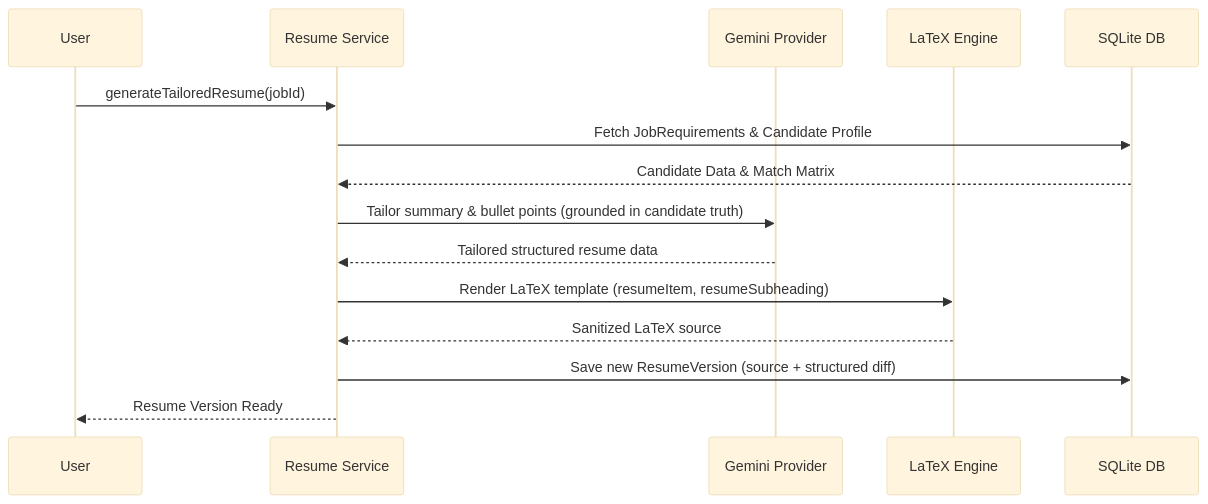
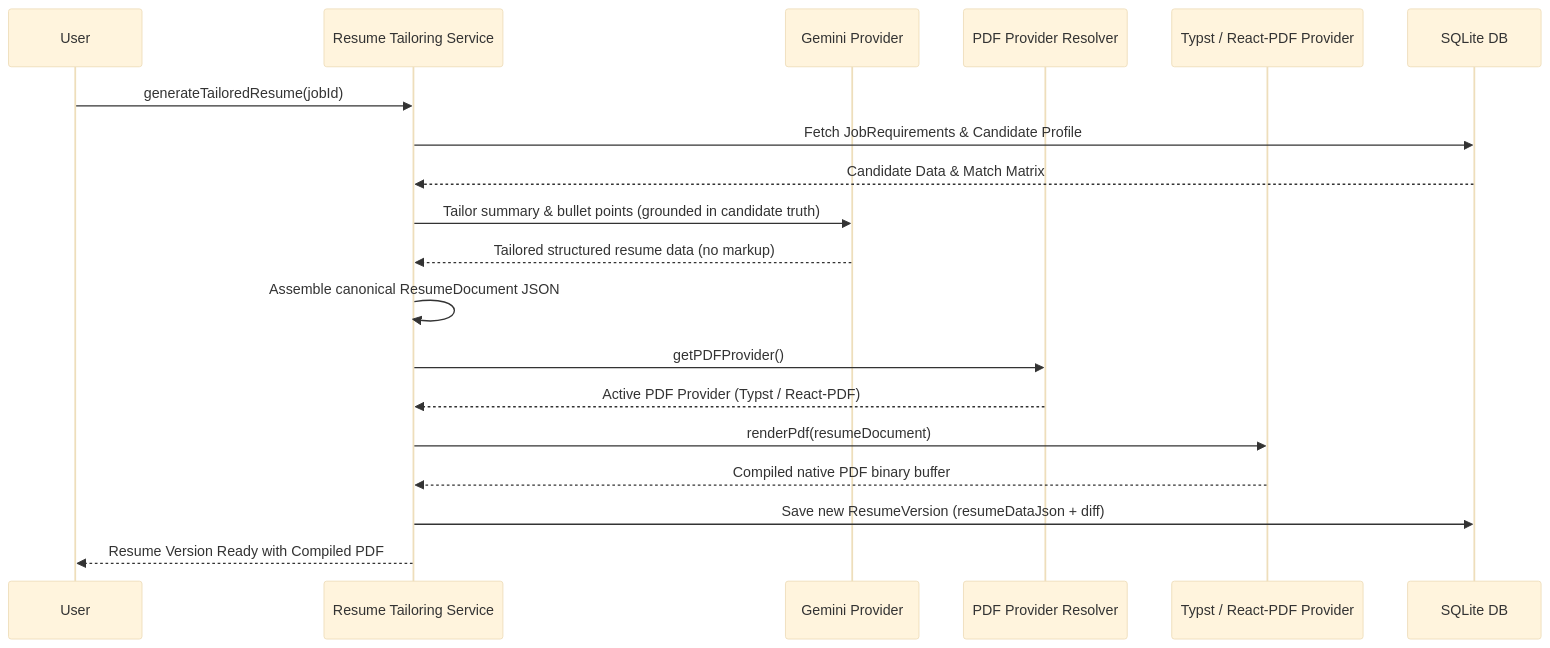
One commit to DevJonasMax/resume-ai changed the third of 4 diagrams in ARCHITECTURE.md. Above: the diagram before and after it, drawn with Mermaid (base theme). The commit also changed other lines of this file and 6 other files, not shown here.

Commit message:
docs: document multi-provider PDF architecture, environment variables, and tasks

````diff
--- a/ARCHITECTURE.md
+++ b/ARCHITECTURE.md
@@ -97,18 +97,22 @@
 ```mermaid
 sequenceDiagram
     participant User
-    participant ResumeService as Resume Service
+    participant ResumeService as Resume Tailoring Service
     participant AI as Gemini Provider
-    participant LaTeXEngine as LaTeX Engine
+    participant Resolver as PDF Provider Resolver
+    participant Provider as Typst / React-PDF Provider
     participant DB as SQLite DB
 
     User->>ResumeService: generateTailoredResume(jobId)
     ResumeService->>DB: Fetch JobRequirements & Candidate Profile
     DB-->>ResumeService: Candidate Data & Match Matrix
     ResumeService->>AI: Tailor summary & bullet points (grounded in candidate truth)
-    AI-->>ResumeService: Tailored structured resume data
-    ResumeService->>LaTeXEngine: Render LaTeX template (resumeItem, resumeSubheading)
-    LaTeXEngine-->>ResumeService: Sanitized LaTeX source
-    ResumeService->>DB: Save new ResumeVersion (source + structured diff)
-    ResumeService-->>User: Resume Version Ready
+    AI-->>ResumeService: Tailored structured resume data (no markup)
+    ResumeService->>ResumeService: Assemble canonical ResumeDocument JSON
+    ResumeService->>Resolver: getPDFProvider()
+    Resolver-->>ResumeService: Active PDF Provider (Typst / React-PDF)
+    ResumeService->>Provider: renderPdf(resumeDocument)
+    Provider-->>ResumeService: Compiled native PDF binary buffer
+    ResumeService->>DB: Save new ResumeVersion (resumeDataJson + diff)
+    ResumeService-->>User: Resume Version Ready with Compiled PDF
 ```
````
